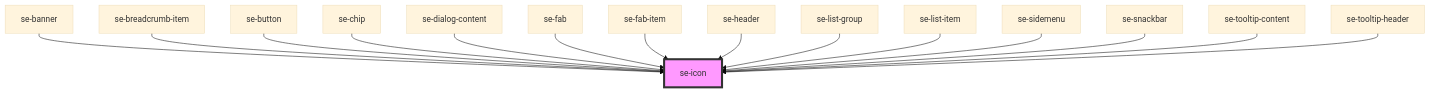
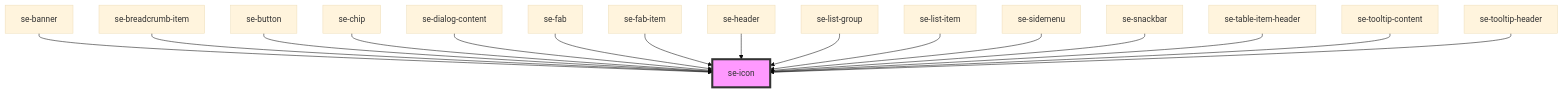
Before and after one commit to robbiemcmullense/se-web-ui: the diagram in libs/core/src/components/icon/readme.md, drawn with Mermaid (base theme). The commit also changed other lines of this file and 79 other files, not shown here.

````diff
--- a/libs/core/src/components/icon/readme.md
+++ b/libs/core/src/components/icon/readme.md
@@ -39,18 +41,19 @@
 ```mermaid
 graph TD;
   se-banner --> se-icon
   se-breadcrumb-item --> se-icon
   se-button --> se-icon
   se-chip --> se-icon
   se-dialog-content --> se-icon
   se-fab --> se-icon
   se-fab-item --> se-icon
   se-header --> se-icon
   se-list-group --> se-icon
   se-list-item --> se-icon
   se-sidemenu --> se-icon
   se-snackbar --> se-icon
+  se-table-item-header --> se-icon
   se-tooltip-content --> se-icon
   se-tooltip-header --> se-icon
   style se-icon fill:#f9f,stroke:#333,stroke-width:4px
 ```
````
